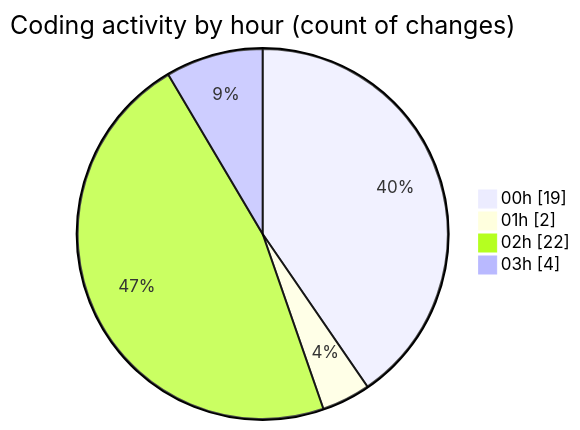
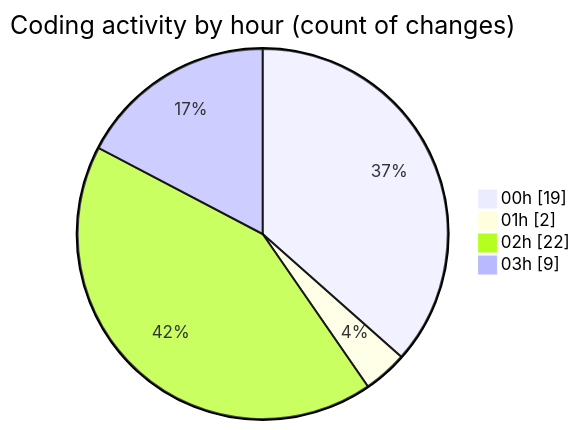
One commit to julien-gomy/code-tracking changed the second of 2 diagrams in 2025-10-21/eventscop-frontend-guide__workspace_/README.md. Above: the diagram before and after it, drawn with Mermaid. The commit also changed other lines of this file and 1 other file, not shown here.

````diff
--- a/2025-10-21/eventscop-frontend-guide__workspace_/README.md
+++ b/2025-10-21/eventscop-frontend-guide__workspace_/README.md
@@ -44,8 +45,8 @@
 ```mermaid
 pie showData
 title Coding activity by hour (count of changes)
 "00h" : 19
 "01h" : 2
 "02h" : 22
-"03h" : 4
+"03h" : 9
 ```
````
